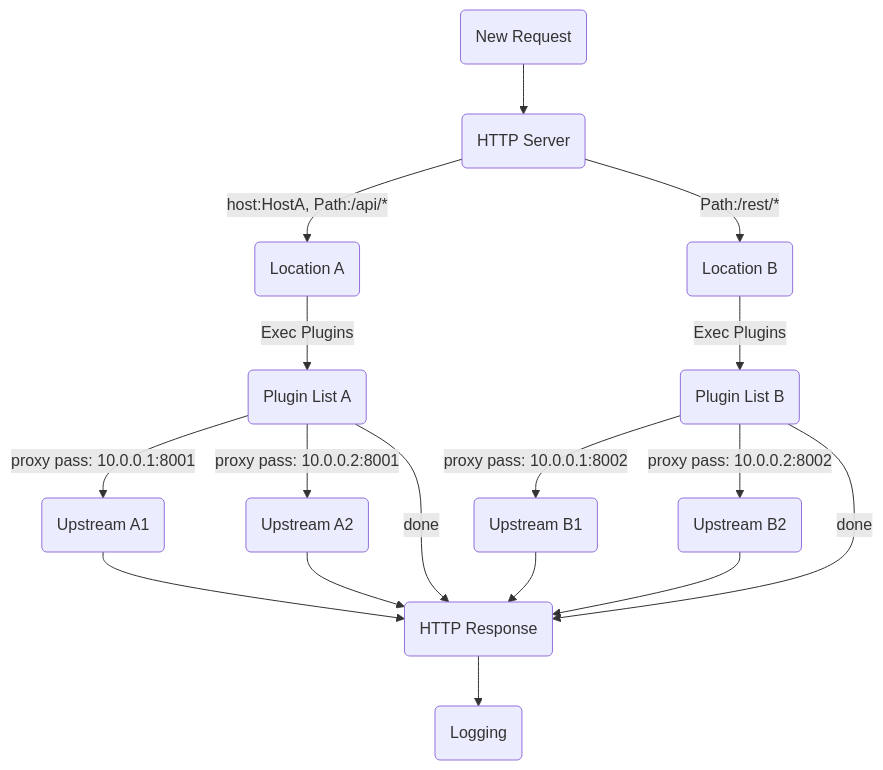
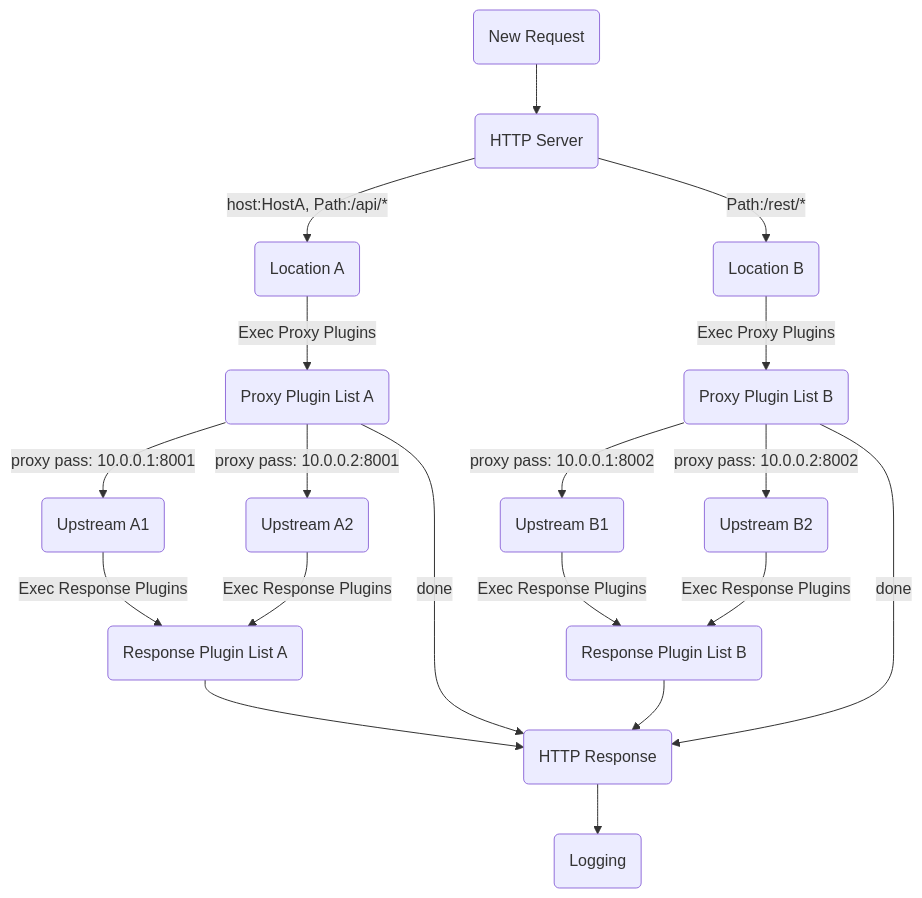
The diagram in README.md (vicanso/pingap), drawn with Mermaid before and after one commit. The commit also changed 23 other files, not shown here.

````diff
--- a/README.md
+++ b/README.md
@@ -46,26 +46,47 @@
 ```mermaid
 graph TD;
-    start("New Request")-->server("HTTP Server");
+    server("HTTP Server");
+    locationA("Location A");
+    locationB("Location B");
+    locationPluginListA("Proxy Plugin List A");
+    locationPluginListB("Proxy Plugin List B");
+    upstreamA1("Upstream A1");
+    upstreamA2("Upstream A2");
+    upstreamB1("Upstream B1");
+    upstreamB2("Upstream B2");
+    locationResponsePluginListA("Response Plugin List A");
+    locationResponsePluginListB("Response Plugin List B");
 
-    server -- "host:HostA, Path:/api/*" --> locationA("Location A")
+    start("New Request") --> server
 
-    server -- "Path:/rest/*"--> locationB("Location B")
+    server -- "host:HostA, Path:/api/*" --> locationA
 
-    locationA -- "Exec Plugins" --> locationPluginListA("Plugin List A")
+    server -- "Path:/rest/*"--> locationB
 
-    locationB -- "Exec Plugins" --> locationPluginListB("Plugin List B")
+    locationA -- "Exec Proxy Plugins" --> locationPluginListA
 
-    locationPluginListA -- "proxy pass: 10.0.0.1:8001" --> upstreamA1("Upstream A1") --> response
+    locationB -- "Exec Proxy Plugins" --> locationPluginListB
 
-    locationPluginListA -- "proxy pass: 10.0.0.2:8001" --> upstreamA2("Upstream A2") --> response
+    locationPluginListA -- "proxy pass: 10.0.0.1:8001" --> upstreamA1
+
+    locationPluginListA -- "proxy pass: 10.0.0.2:8001" --> upstreamA2
 
     locationPluginListA -- "done" --> response
 
-    locationPluginListB -- "proxy pass: 10.0.0.1:8002" --> upstreamB1("Upstream B1") --> response
+    locationPluginListB -- "proxy pass: 10.0.0.1:8002" --> upstreamB1
 
-    locationPluginListB -- "proxy pass: 10.0.0.2:8002" --> upstreamB2("Upstream B2") --> response
+    locationPluginListB -- "proxy pass: 10.0.0.2:8002" --> upstreamB2
 
     locationPluginListB -- "done" --> response
 
+    upstreamA1 -- "Exec Response Plugins" --> locationResponsePluginListA
+    upstreamA2 -- "Exec Response Plugins" --> locationResponsePluginListA
+
+    upstreamB1 -- "Exec Response Plugins" --> locationResponsePluginListB
+    upstreamB2 -- "Exec Response Plugins" --> locationResponsePluginListB
+
+    locationResponsePluginListA --> response
+    locationResponsePluginListB --> response
+
     response("HTTP Response") --> stop("Logging");
 ```
````
